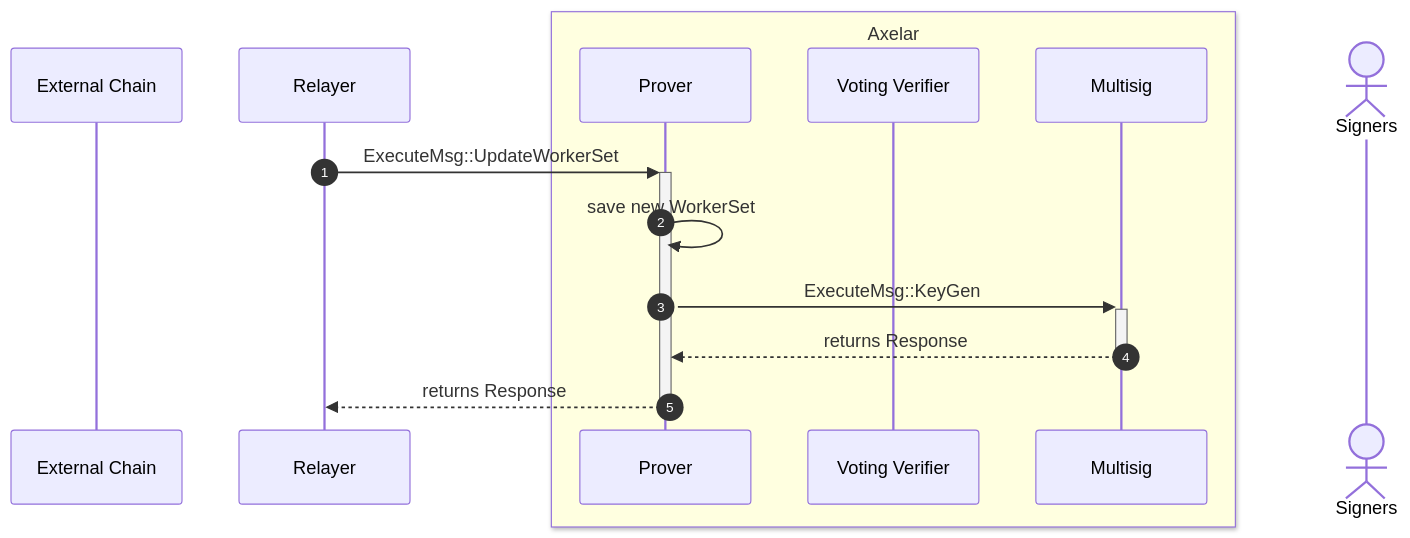
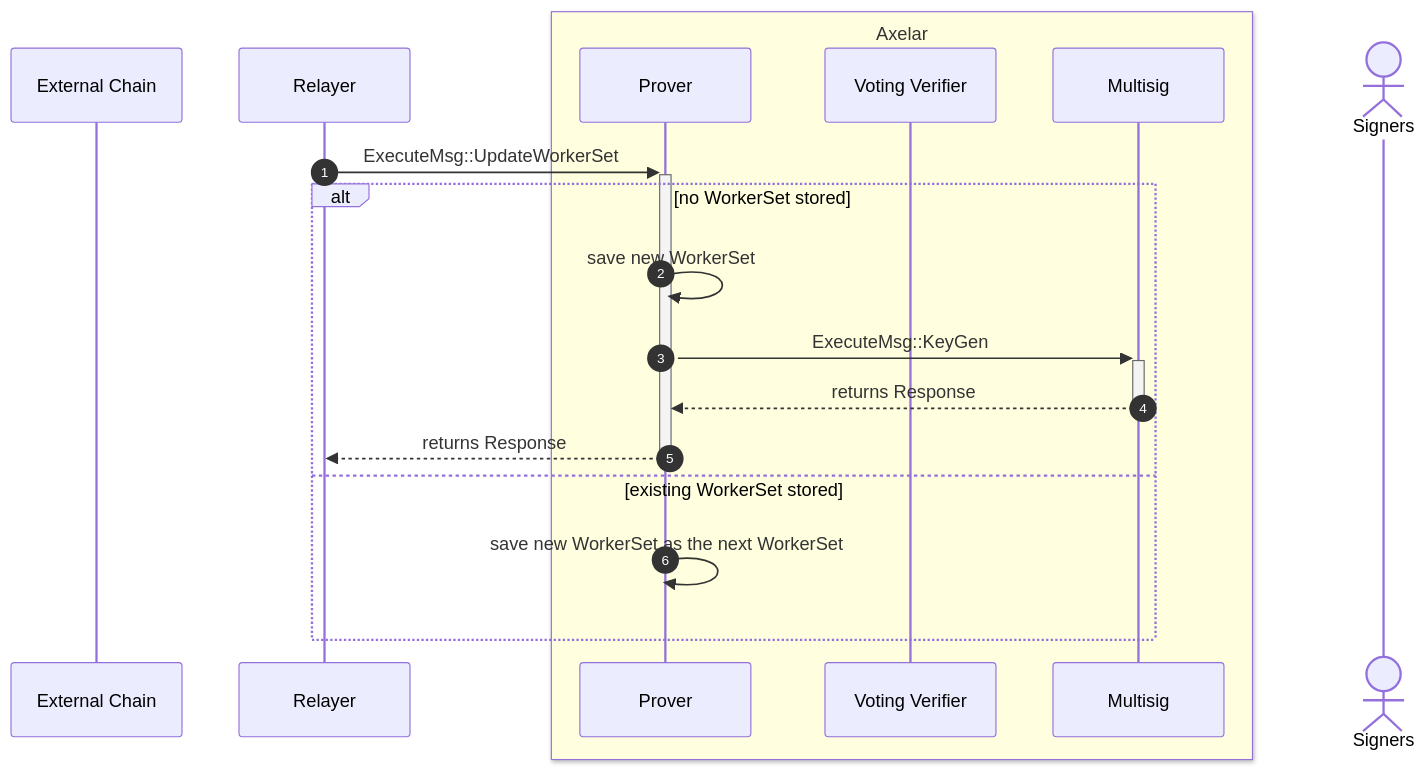
The third of 3 diagrams in doc/src/contracts/multisig_prover.md (axelarnetwork/axelar-amplifier), drawn with Mermaid before and after one commit.

````diff
--- a/doc/src/contracts/multisig_prover.md
+++ b/doc/src/contracts/multisig_prover.md
@@ -82,18 +82,21 @@
 ```mermaid
 sequenceDiagram
 autonumber
 participant External Chain
 participant Relayer
 box LightYellow Axelar
 participant Prover
 participant Voting Verifier
 participant Multisig
 end
 actor Signers
 Relayer->>+Prover: ExecuteMsg::UpdateWorkerSet
+alt no WorkerSet stored
   Prover->>Prover: save new WorkerSet
   Prover->>+Multisig: ExecuteMsg::KeyGen
   Multisig-->>-Prover: returns Response
   Prover-->>-Relayer: returns Response
-
+else existing WorkerSet stored
+  Prover->>Prover: save new WorkerSet as the next WorkerSet
+end
 ```
````
